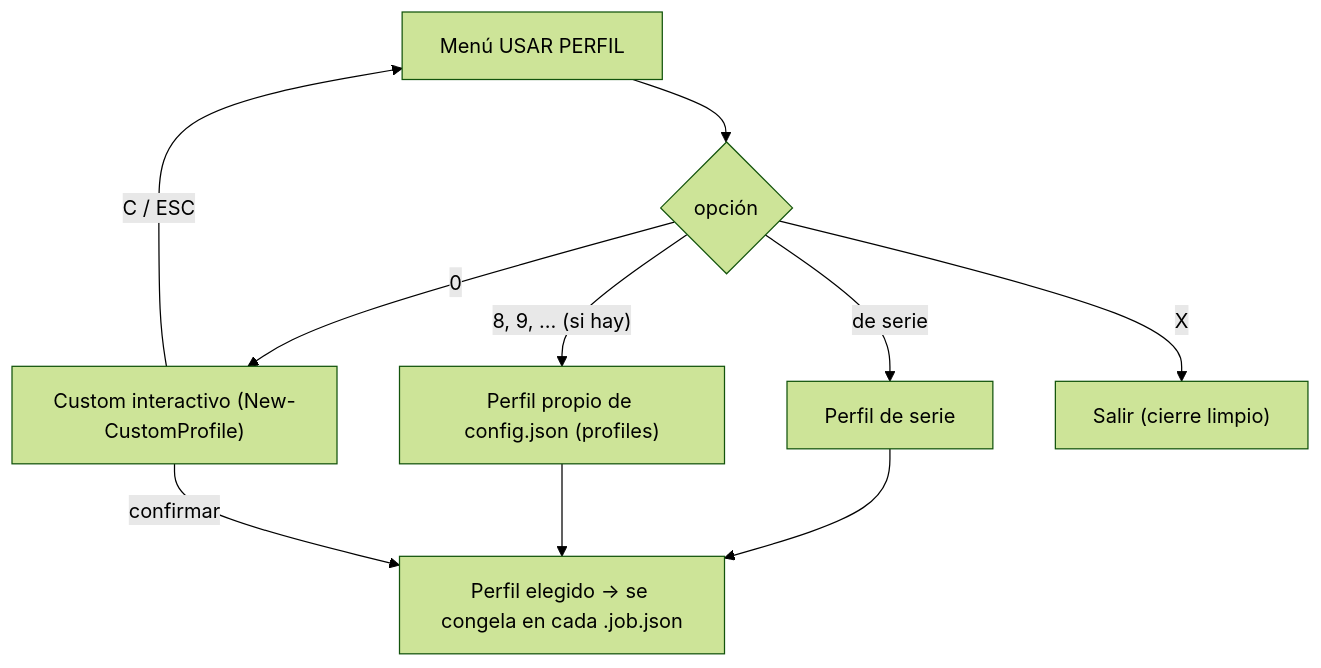
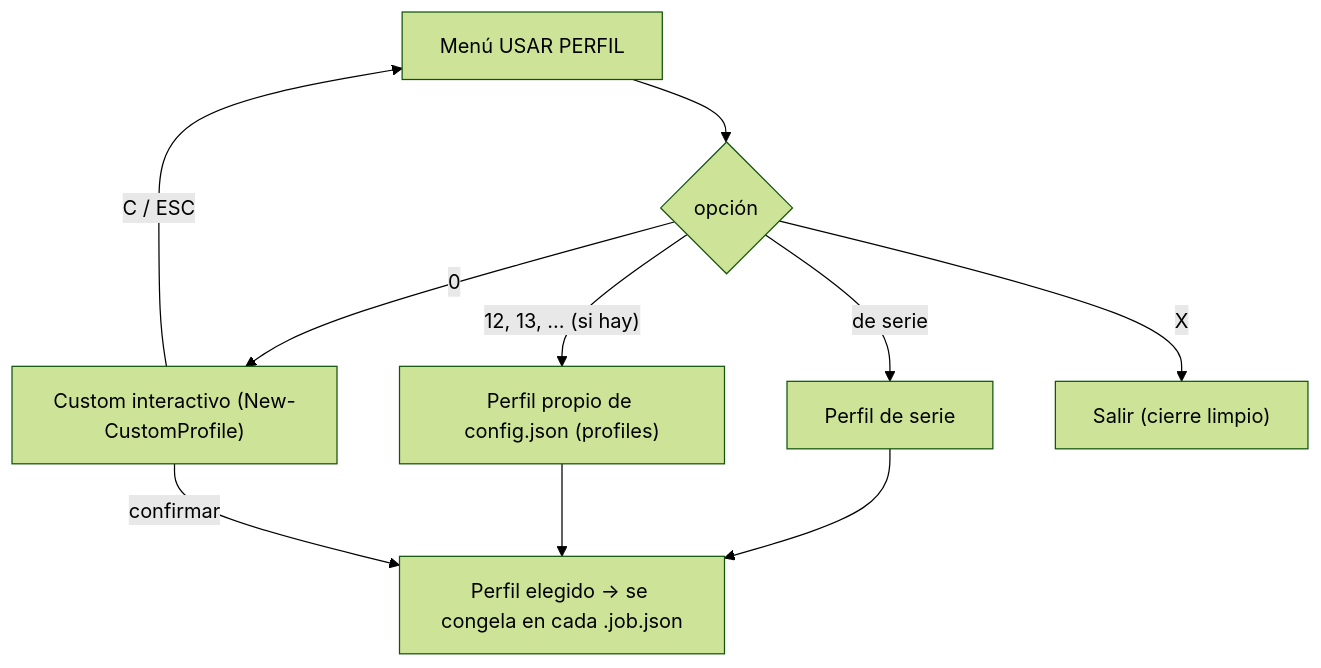
One commit to vsc55/ConversorVideoCMD changed the diagram in docs/ref-perfiles.md. Above: the diagram before and after it, drawn with Mermaid (forest theme). The commit also changed other lines of this file and 30 other files, not shown here.

````diff
--- a/docs/ref-perfiles.md
+++ b/docs/ref-perfiles.md
@@ -7,12 +7,12 @@
 ```mermaid
 flowchart TD
     M["Menú USAR PERFIL"] --> S{"opción"}
     S -- "de serie" --> B["Perfil de serie"]
-    S -- "8, 9, … (si hay)" --> C["Perfil propio de config.json (profiles)"]
+    S -- "12, 13, … (si hay)" --> C["Perfil propio de config.json (profiles)"]
     S -- "0" --> CU["Custom interactivo (New-CustomProfile)"]
     S -- "X" --> Q["Salir (cierre limpio)"]
     CU -- "C / ESC" --> M
     B --> F["Perfil elegido → se congela en cada .job.json"]
     C --> F
     CU -- "confirmar" --> F
 ```
````
